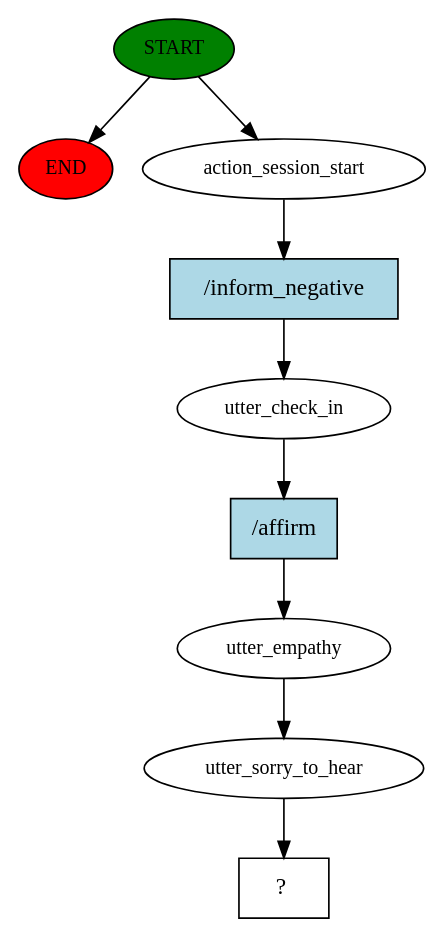
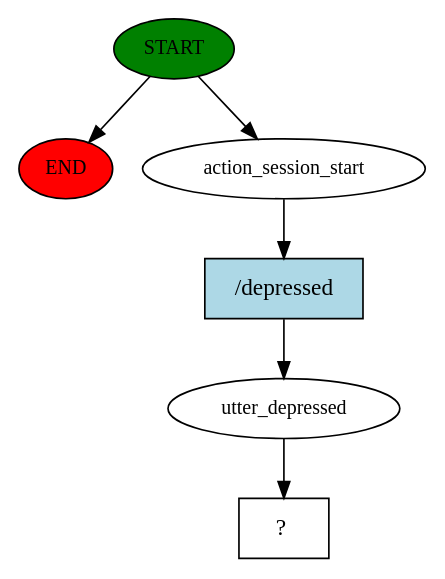
One commit to RAFIYA39/Mental_health_chatbot changed the diagram in story_graph.dot. Above: the diagram before and after it, drawn with Graphviz. The commit also changed 36 other files, not shown here.

```diff
--- a/story_graph.dot
+++ b/story_graph.dot
@@ -1,19 +1,13 @@
 digraph  {
 0 [class="start active", fillcolor=green, fontsize=12, label=START, style=filled];
 "-1" [class=end, fillcolor=red, fontsize=12, label=END, style=filled];
 1 [class=active, fontsize=12, label=action_session_start];
-2 [class=active, fontsize=12, label=utter_check_in];
-3 [class=active, fontsize=12, label=utter_empathy];
-4 [class=active, fontsize=12, label=utter_sorry_to_hear];
-5 [class="intent dashed active", label="  ?  ", shape=rect];
-6 [class="intent active", fillcolor=lightblue, label="/inform_negative", shape=rect, style=filled];
-7 [class="intent active", fillcolor=lightblue, label="/affirm", shape=rect, style=filled];
+2 [class=active, fontsize=12, label=utter_depressed];
+3 [class="intent dashed active", label="  ?  ", shape=rect];
+4 [class="intent active", fillcolor=lightblue, label="/depressed", shape=rect, style=filled];
 0 -> "-1"  [class="", key=NONE, label=""];
 0 -> 1  [class=active, key=NONE, label=""];
-1 -> 6  [class=active, key=0];
-2 -> 7  [class=active, key=0];
-3 -> 4  [class=active, key=NONE, label=""];
-4 -> 5  [class=active, key=NONE, label=""];
-6 -> 2  [class=active, key=0];
-7 -> 3  [class=active, key=0];
+1 -> 4  [class=active, key=0];
+2 -> 3  [class=active, key=NONE, label=""];
+4 -> 2  [class=active, key=0];
 }
```
